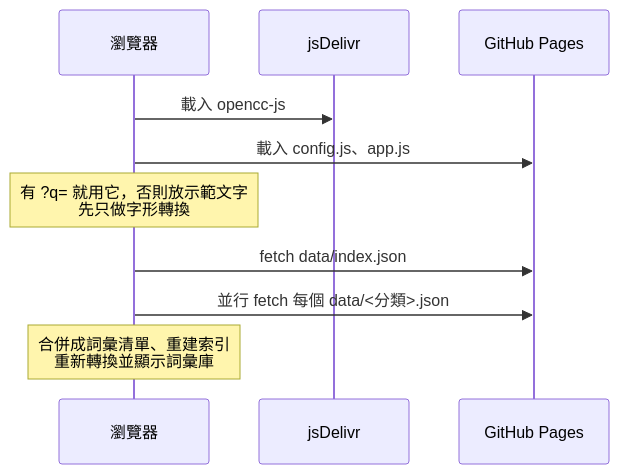
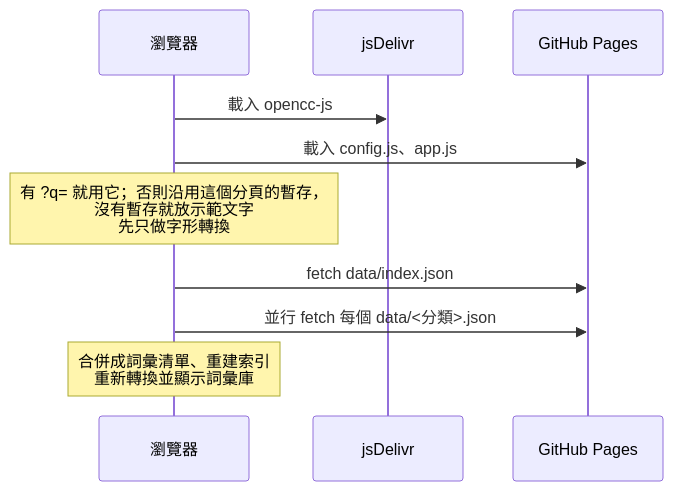
Before and after one commit to Zhang-RenWen/cn-tw-terms: the third of 4 diagrams in docs/ARCHITECTURE.md, drawn with Mermaid. The commit also changed other lines of this file and 2 other files, not shown here.

Commit message:
Hide converter header on library tab; keep state per session
The title, description and mode buttons are now hidden while the
library tab is open, and show again on the converter tab. The draft,
mode and current tab are kept in sessionStorage, so a reload in the
same browser tab keeps them, while a new visit starts with the sample
text. Opening with ?q= always starts on the converter in the default
mode.

````diff
--- a/docs/ARCHITECTURE.md
+++ b/docs/ARCHITECTURE.md
@@ -118,12 +119,12 @@
 ```mermaid
 sequenceDiagram
   participant B as 瀏覽器
   participant CDN as jsDelivr
   participant P as GitHub Pages
   B->>CDN: 載入 opencc-js
   B->>P: 載入 config.js、app.js
-  Note over B: 有 ?q= 就用它，否則放示範文字<br/>先只做字形轉換
+  Note over B: 有 ?q= 就用它；否則沿用這個分頁的暫存，<br/>沒有暫存就放示範文字<br/>先只做字形轉換
   B->>P: fetch data/index.json
   B->>P: 並行 fetch 每個 data/<分類>.json
   Note over B: 合併成詞彙清單、重建索引<br/>重新轉換並顯示詞彙庫
 ```
````
